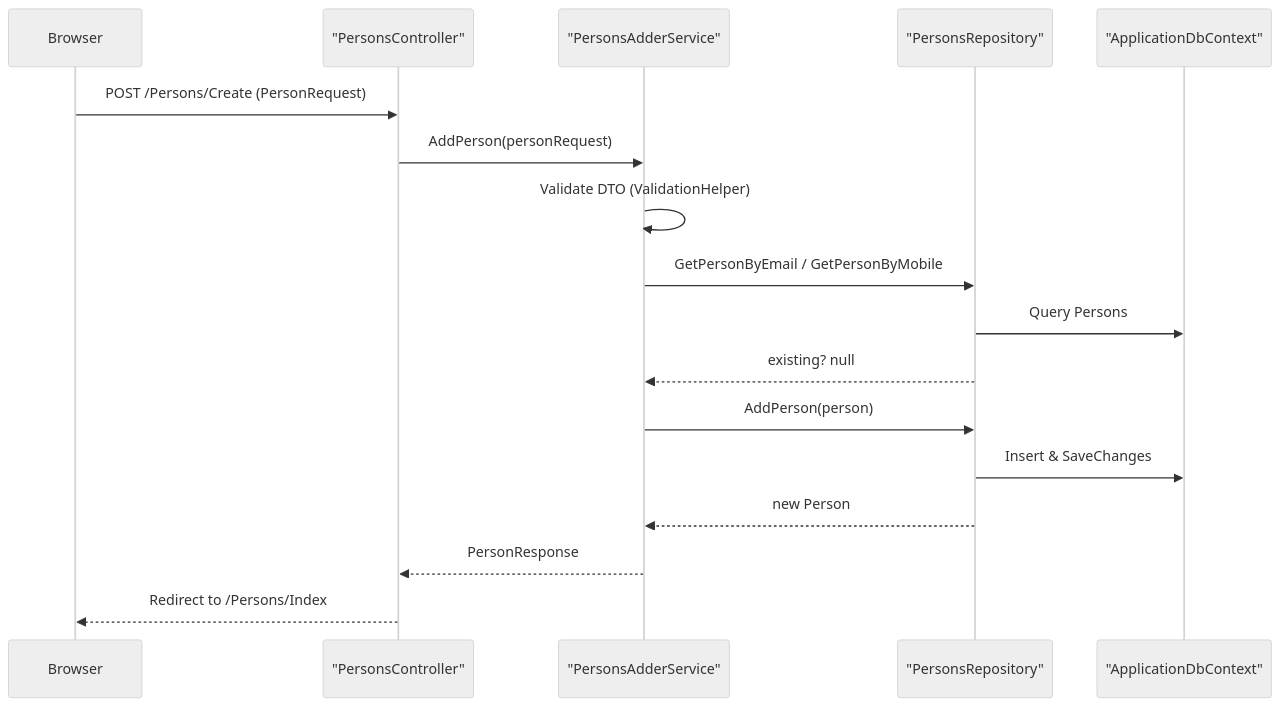
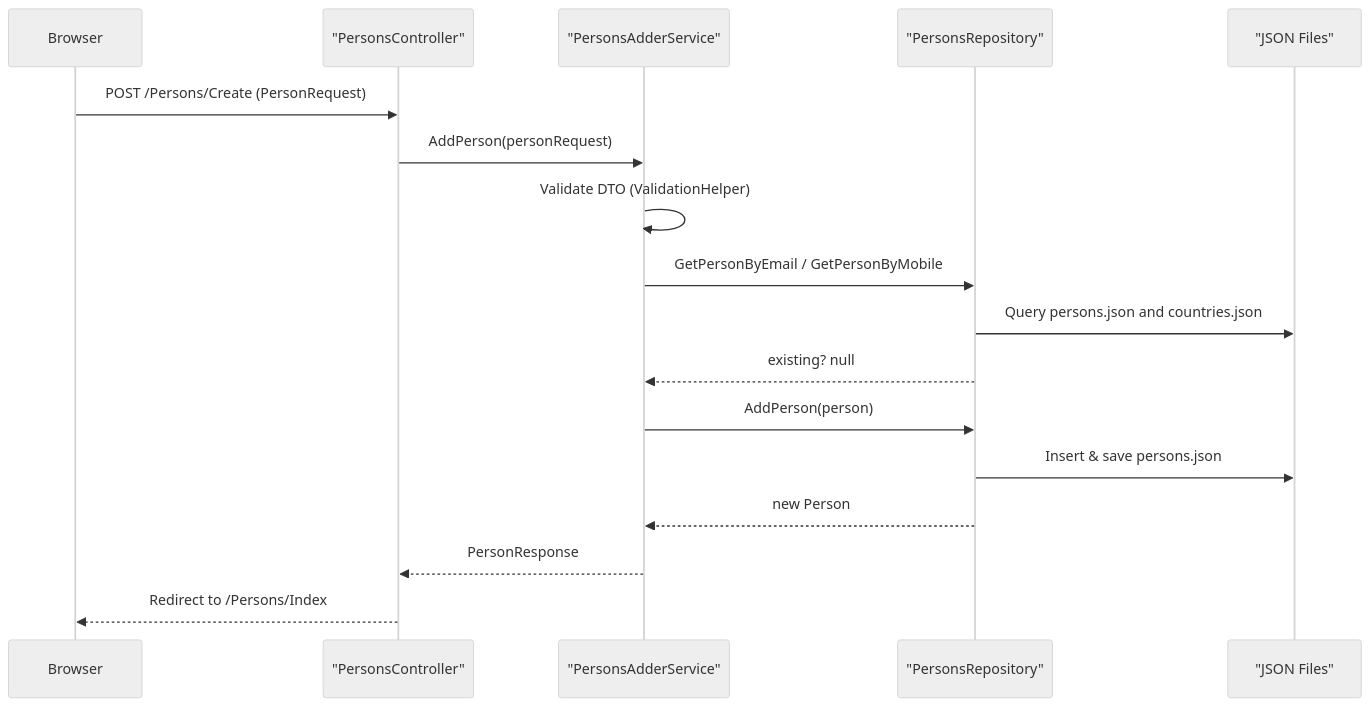
The second of 2 diagrams in ContactsManager/README.md (ShivaKrisl/ContactsManager-CleanArchitecture), drawn with Mermaid (neutral theme) before and after one commit. The commit also changed other lines of this file and 20 other files, not shown here.

````diff
--- a/ContactsManager/README.md
+++ b/ContactsManager/README.md
@@ -51,20 +51,20 @@
 ```mermaid
 sequenceDiagram
   participant Browser
   participant PersonsController as "PersonsController"
   participant PersonsAdderService as "PersonsAdderService"
   participant PersonsRepository as "PersonsRepository"
-  participant ApplicationDbContext as "ApplicationDbContext"
+  participant FileStore as "JSON Files"
 
   Browser->>PersonsController: POST /Persons/Create (PersonRequest)
   PersonsController->>PersonsAdderService: AddPerson(personRequest)
   PersonsAdderService->>PersonsAdderService: Validate DTO (ValidationHelper)
   PersonsAdderService->>PersonsRepository: GetPersonByEmail / GetPersonByMobile
-  PersonsRepository->>ApplicationDbContext: Query Persons
+  PersonsRepository->>FileStore: Query persons.json and countries.json
   PersonsRepository-->>PersonsAdderService: existing? null
   PersonsAdderService->>PersonsRepository: AddPerson(person)
-  PersonsRepository->>ApplicationDbContext: Insert & SaveChanges
+  PersonsRepository->>FileStore: Insert & save persons.json
   PersonsRepository-->>PersonsAdderService: new Person
   PersonsAdderService-->>PersonsController: PersonResponse
   PersonsController-->>Browser: Redirect to /Persons/Index
 ```
````
